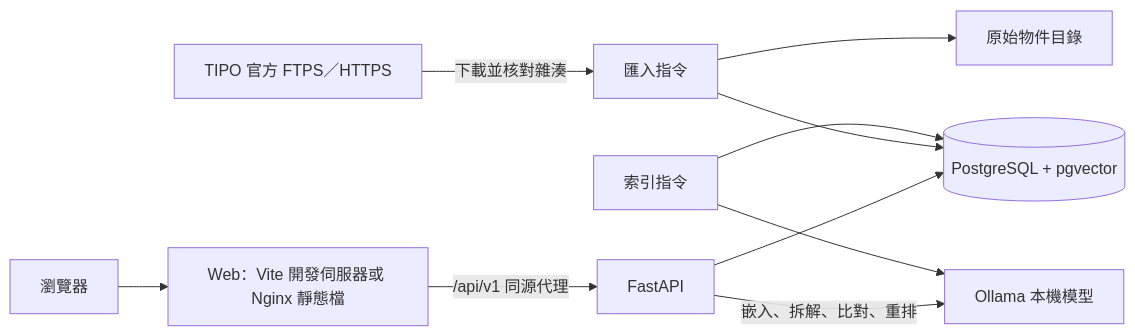
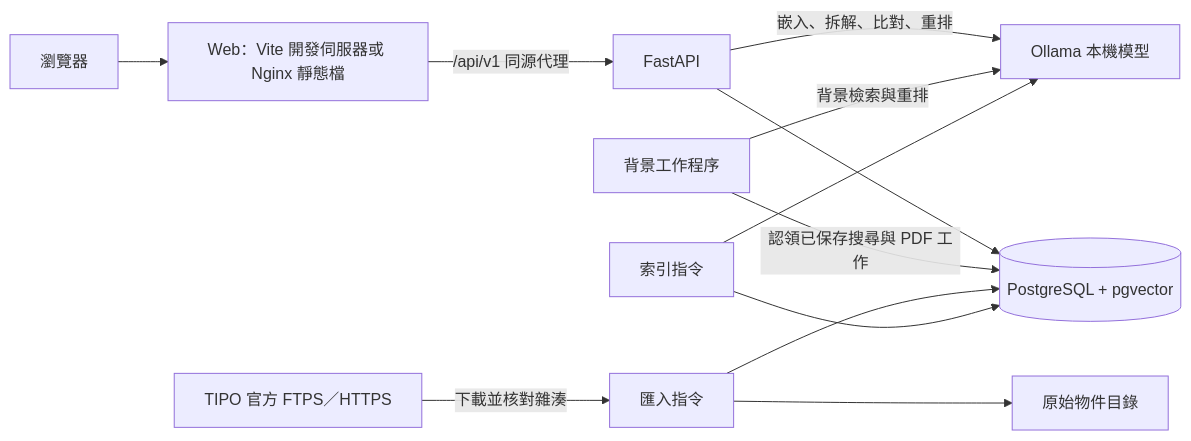
One commit to Johnnnny0823/RAG changed the diagram in docs/ARCHITECTURE.md. Above: the diagram before and after it, drawn with Mermaid. The commit also changed other lines of this file and 4 other files, not shown here.

````diff
--- a/docs/ARCHITECTURE.md
+++ b/docs/ARCHITECTURE.md
@@ -5,12 +5,14 @@
 ```mermaid
 flowchart LR
     U[瀏覽器] --> W[Web：Vite 開發伺服器或 Nginx 靜態檔]
     W -->|/api/v1 同源代理| A[FastAPI]
     A --> D[(PostgreSQL + pgvector)]
     A -->|嵌入、拆解、比對、重排| O[Ollama 本機模型]
+    J[背景工作程序] -->|認領已保存搜尋與 PDF 工作| D
+    J -->|背景檢索與重排| O
     T[TIPO 官方 FTPS／HTTPS] -->|下載並核對雜湊| I[匯入指令]
     I --> S[原始物件目錄]
     I --> D
     X[索引指令] --> D
     X --> O
 ```
````
